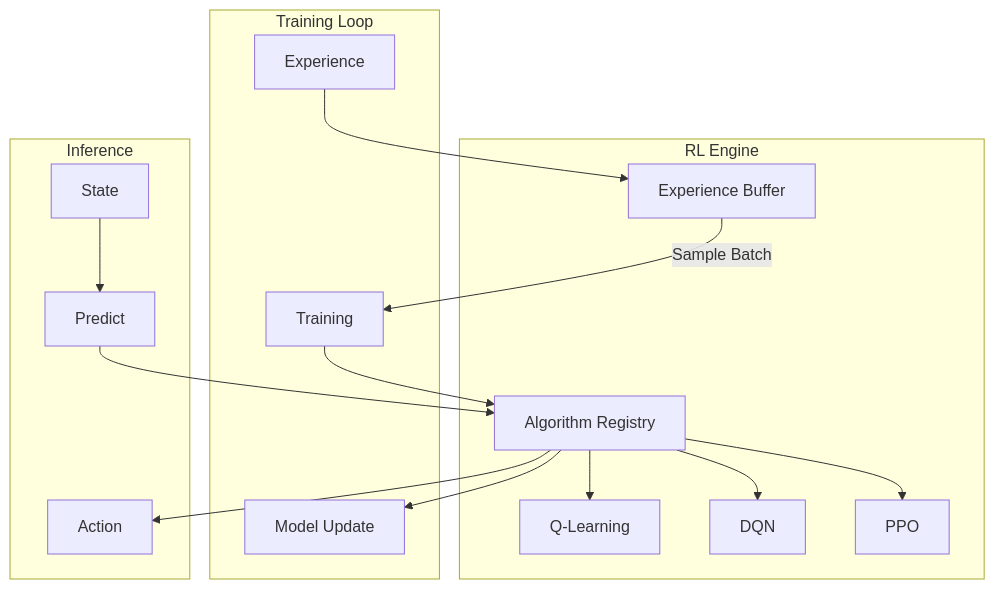
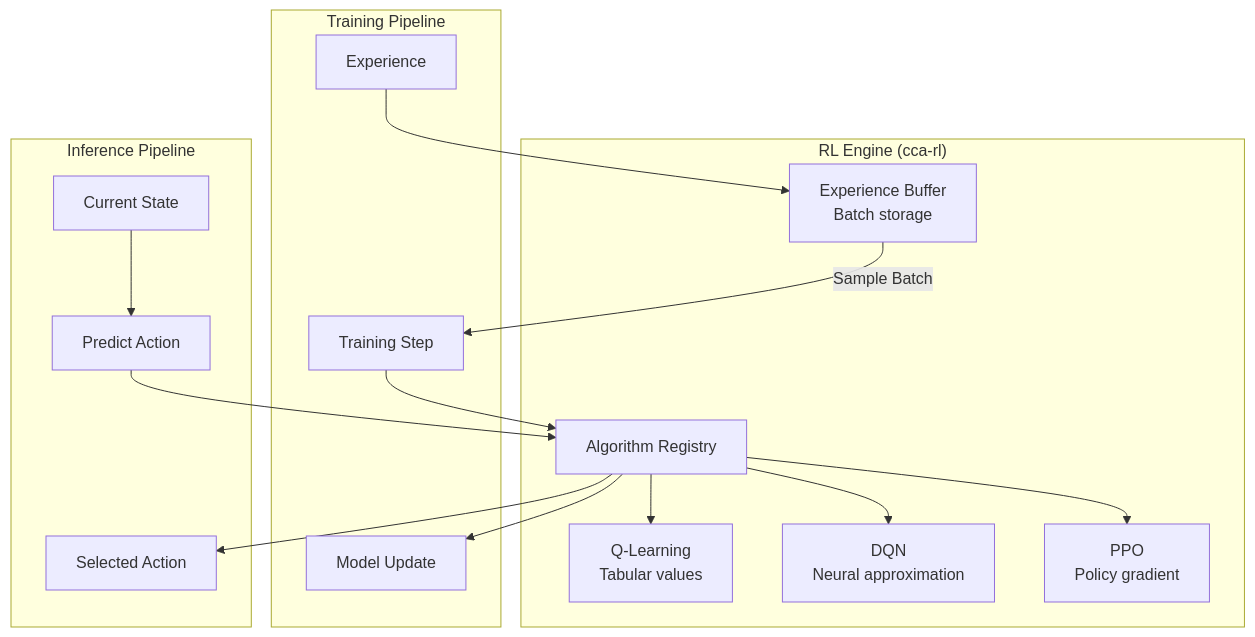
Before and after one commit to mjhcompany/cca: diagram 12 of 19 in docs/architecture.md, drawn with Mermaid. The commit also changed other lines of this file and 43 other files, not shown here.

````diff
--- a/docs/architecture.md
+++ b/docs/architecture.md
@@ -644,27 +561,27 @@
 ```mermaid
 graph TB
-    subgraph "RL Engine"
-        Algs[Algorithm Registry]
-        QL[Q-Learning]
-        DQN[DQN]
-        PPO[PPO]
-        EB[Experience Buffer]
+    subgraph "RL Engine (cca-rl)"
+        AR[Algorithm Registry]
+        QL[Q-Learning<br/>Tabular values]
+        DQN[DQN<br/>Neural approximation]
+        PPO[PPO<br/>Policy gradient]
+        EB[Experience Buffer<br/>Batch storage]
     end
 
-    subgraph "Training Loop"
+    subgraph "Training Pipeline"
         Exp[Experience] --> EB
-        EB -->|Sample Batch| Train[Training]
-        Train --> Algs
-        Algs --> Update[Model Update]
+        EB -->|Sample Batch| Train[Training Step]
+        Train --> AR
+        AR --> Update[Model Update]
     end
 
-    subgraph "Inference"
-        State[State] --> Predict[Predict]
-        Predict --> Algs
-        Algs --> Action[Action]
+    subgraph "Inference Pipeline"
+        State[Current State] --> Predict[Predict Action]
+        Predict --> AR
+        AR --> Action[Selected Action]
     end
 
-    Algs --> QL
-    Algs --> DQN
-    Algs --> PPO
+    AR --> QL
+    AR --> DQN
+    AR --> PPO
 ```
````
